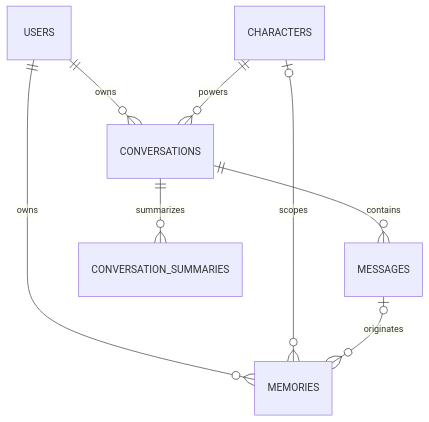
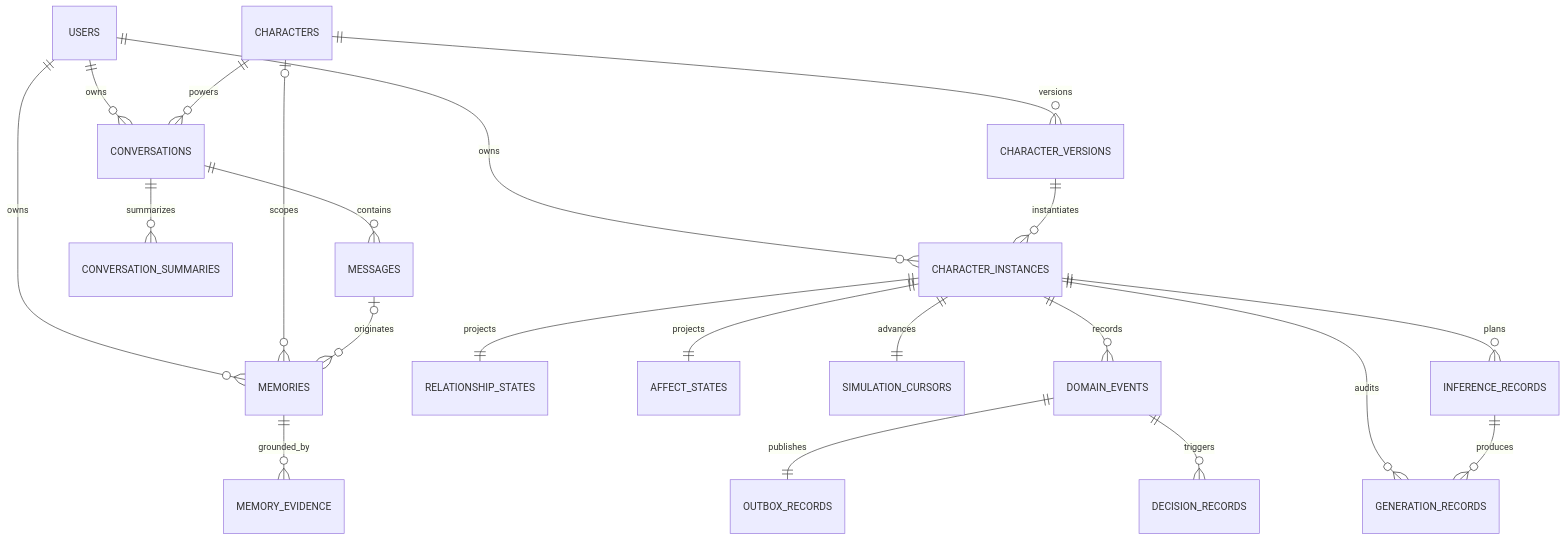
The diagram in backend/DATABASE.md (russel-the-menace/Chatterra), drawn with Mermaid before and after one commit. The commit also changed other lines of this file and 19 other files, not shown here.

````diff
--- a/backend/DATABASE.md
+++ b/backend/DATABASE.md
@@ -8,10 +12,23 @@
 ```mermaid
 erDiagram
   USERS ||--o{ CONVERSATIONS : owns
   CHARACTERS ||--o{ CONVERSATIONS : powers
   CONVERSATIONS ||--o{ MESSAGES : contains
   USERS ||--o{ MEMORIES : owns
   CHARACTERS o|--o{ MEMORIES : scopes
   MESSAGES o|--o{ MEMORIES : originates
   CONVERSATIONS ||--o{ CONVERSATION_SUMMARIES : summarizes
+  CHARACTERS ||--o{ CHARACTER_VERSIONS : versions
+  USERS ||--o{ CHARACTER_INSTANCES : owns
+  CHARACTER_VERSIONS ||--o{ CHARACTER_INSTANCES : instantiates
+  CHARACTER_INSTANCES ||--|| RELATIONSHIP_STATES : projects
+  CHARACTER_INSTANCES ||--|| AFFECT_STATES : projects
+  CHARACTER_INSTANCES ||--|| SIMULATION_CURSORS : advances
+  CHARACTER_INSTANCES ||--o{ DOMAIN_EVENTS : records
+  DOMAIN_EVENTS ||--|| OUTBOX_RECORDS : publishes
+  DOMAIN_EVENTS ||--o{ DECISION_RECORDS : triggers
+  CHARACTER_INSTANCES ||--o{ INFERENCE_RECORDS : plans
+  CHARACTER_INSTANCES ||--o{ GENERATION_RECORDS : audits
+  INFERENCE_RECORDS ||--o{ GENERATION_RECORDS : produces
+  MEMORIES ||--o{ MEMORY_EVIDENCE : grounded_by
 ```
````
